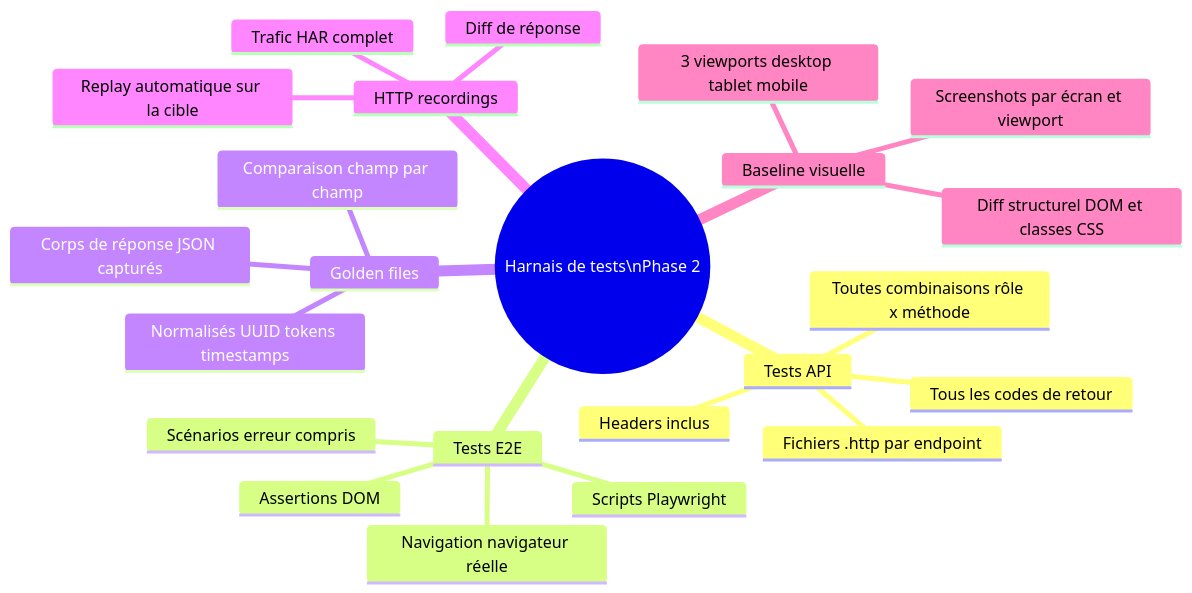
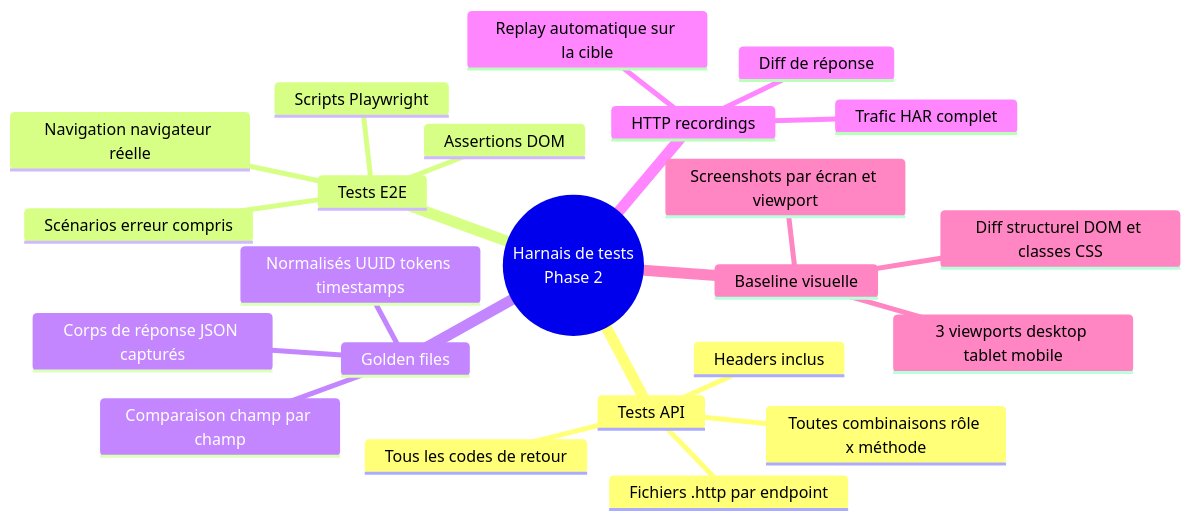
Before and after one commit to LiolluryZ/migration-ai: the eighth of 19 diagrams in MIGRATION_WORKFLOW.md, drawn with Mermaid. The commit also changed other lines of this file, not shown here.

````diff
--- a/MIGRATION_WORKFLOW.md
+++ b/MIGRATION_WORKFLOW.md
@@ -376,26 +415,26 @@
 ```mermaid
 mindmap
-  root((Harnais de tests\nPhase 2))
+  root((Harnais de tests<br/>Phase 2))
     Tests API
       Fichiers .http par endpoint
       Toutes combinaisons rôle x méthode
       Tous les codes de retour
       Headers inclus
     Tests E2E
       Scripts Playwright
       Navigation navigateur réelle
       Assertions DOM
       Scénarios erreur compris
     Golden files
       Corps de réponse JSON capturés
       Normalisés UUID tokens timestamps
       Comparaison champ par champ
     HTTP recordings
       Trafic HAR complet
       Replay automatique sur la cible
       Diff de réponse
     Baseline visuelle
       Screenshots par écran et viewport
       Diff structurel DOM et classes CSS
       3 viewports desktop tablet mobile
 ```
````
